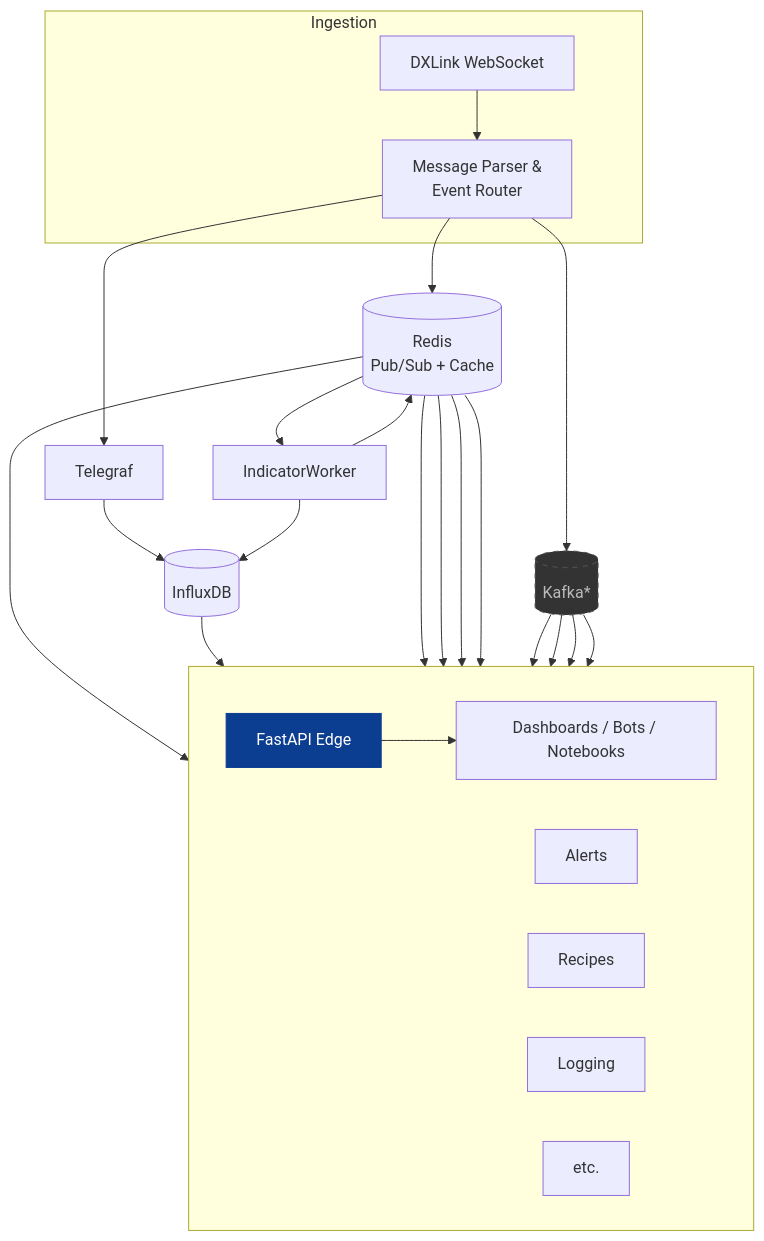
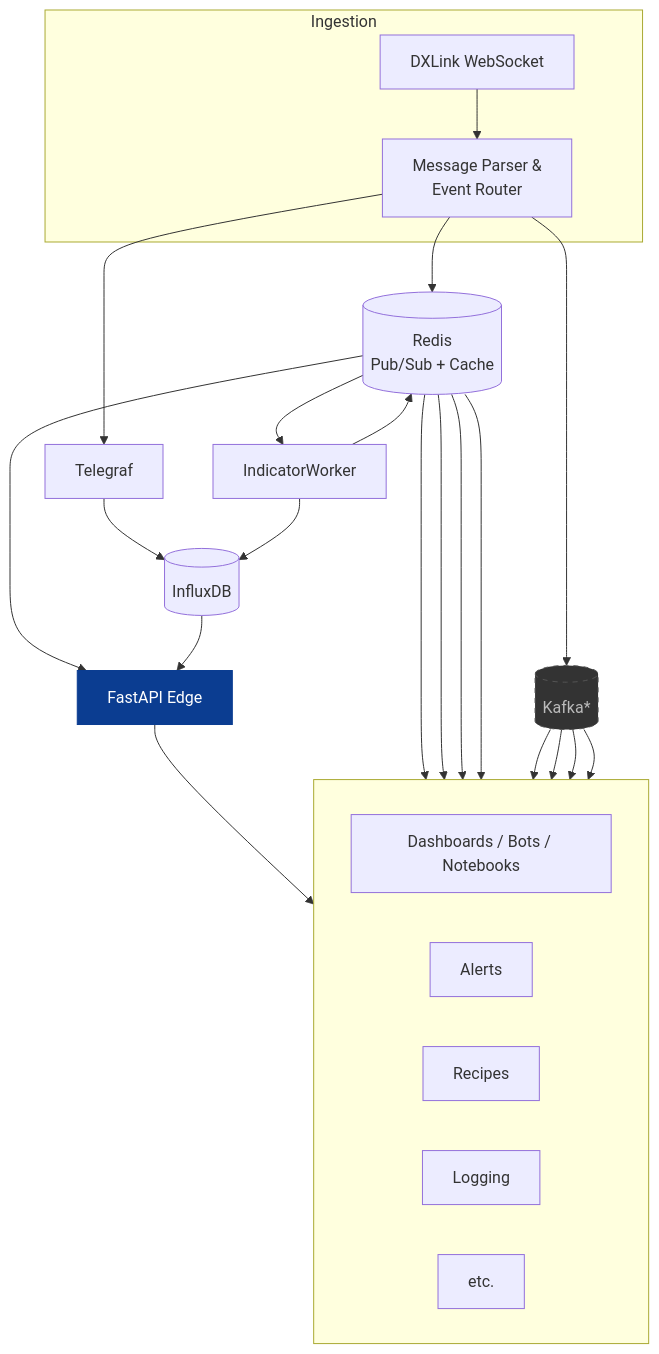
One commit to xmandeng/tastytrade_sdk changed the first of 2 diagrams in README.md. Above: the diagram before and after it, drawn with Mermaid.

Commit message:
docs(architecture): move FastAPI Edge outside consumer layer subgraph

````diff
--- a/README.md
+++ b/README.md
@@ -107,49 +107,49 @@
 ```mermaid
 flowchart TB
    %% Ingestion Layer
    subgraph INGEST[Ingestion]
       WS[DXLink WebSocket]
       PARSER[Message Parser &<br/>Event Router]
       WS --> PARSER
    end
 
    %% Core Spine
    PARSER --> TELEGRAF[Telegraf]
    PARSER --> REDIS[(Redis<br/>Pub/Sub + Cache)]
    PARSER --> KAFKA[(Kafka*)]
    TELEGRAF --> INFLUX[(InfluxDB)]
 
    %% Enrichment Worker (loop back)
    REDIS --> WORKER[IndicatorWorker]
    WORKER --> REDIS
    WORKER --> INFLUX
 
    %% Consumer Layer (edge clients + horizontal internal services aligned)
             %% Consumer layer grouped (blank title for alignment w/out caption)
+            FASTAPI[FastAPI Edge]
             subgraph CONSUMER_LAYER[ ]
                direction LR
-               FASTAPI[FastAPI Edge]
                CLIENTS[Dashboards / Bots / Notebooks]
                ALERTS[Alerts]
                RECIPES[Recipes]
                LOGGING[Logging]
                ETC[etc.]
             end
 
    %% Bus connections
    REDIS --> FASTAPI
    INFLUX --> FASTAPI
    FASTAPI --> CLIENTS
    REDIS --> ALERTS
    REDIS --> RECIPES
    REDIS --> LOGGING
    REDIS --> ETC
    KAFKA --> ALERTS
    KAFKA --> RECIPES
    KAFKA --> LOGGING
    KAFKA --> ETC
 
    classDef opt fill:#333,stroke:#555,color:#bbb,stroke-dasharray:5 5;
    class KAFKA opt;
    style FASTAPI fill:#0b3d91,stroke:#0b3d91,color:#fff
 ```
````
